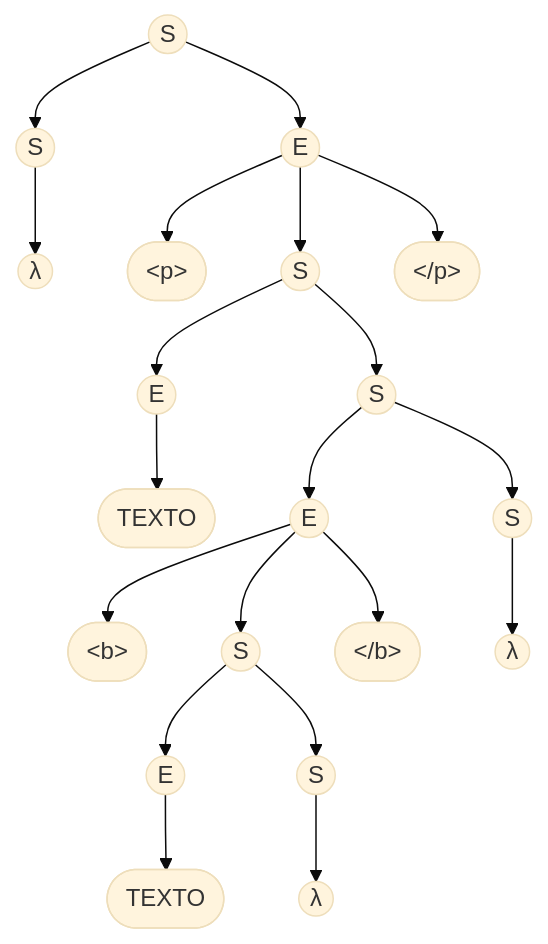
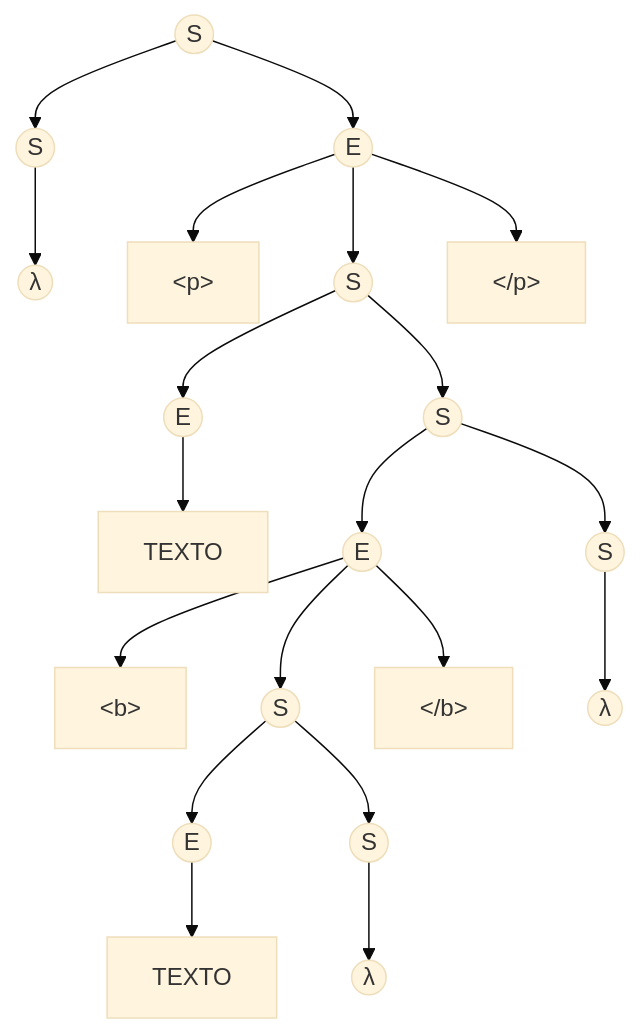
Before and after one commit to PedroGattiUCC/minihtml-parser: the first of 2 diagrams in docs/Fase1_Gramatica.md, drawn with Mermaid (base theme). The commit also changed other lines of this file and 1 other file, not shown here.

````diff
--- a/docs/Fase1_Gramatica.md
+++ b/docs/Fase1_Gramatica.md
@@ -38,29 +92,29 @@
 ```mermaid
 graph TD
     S0((S)) --> E1((E))
     S0 --> S1((S))
     S1 --> lam1((λ))
     
-    E1 --> tagP_o(["&lt;p&gt;"])
+    E1 --> p_open["&lt;p&gt;"]
     E1 --> S2((S))
-    E1 --> tagP_c(["&lt;/p&gt;"])
+    E1 --> p_close["&lt;/p&gt;"]
     
     S2 --> E2((E))
     S2 --> S3((S))
     
-    E2 --> T1(["TEXTO"])
+    E2 --> T1["TEXTO"]
     
     S3 --> E3((E))
     S3 --> S4((S))
     
-    E3 --> tagB_o(["&lt;b&gt;"])
+    E3 --> b_open["&lt;b&gt;"]
     E3 --> S5((S))
-    E3 --> tagB_c(["&lt;/b&gt;"])
+    E3 --> b_close["&lt;/b&gt;"]
     
     S5 --> E4((E))
     S5 --> S6((S))
-    E4 --> T2(["TEXTO"])
+    E4 --> T2["TEXTO"]
     S6 --> lam2((λ))
     
     S4 --> lam3((λ))
 ```
````
